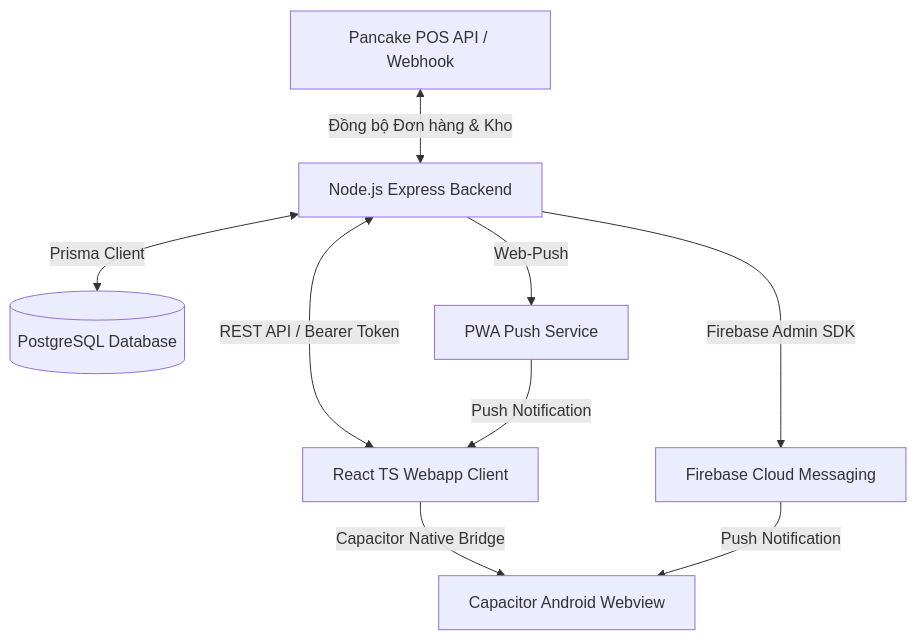
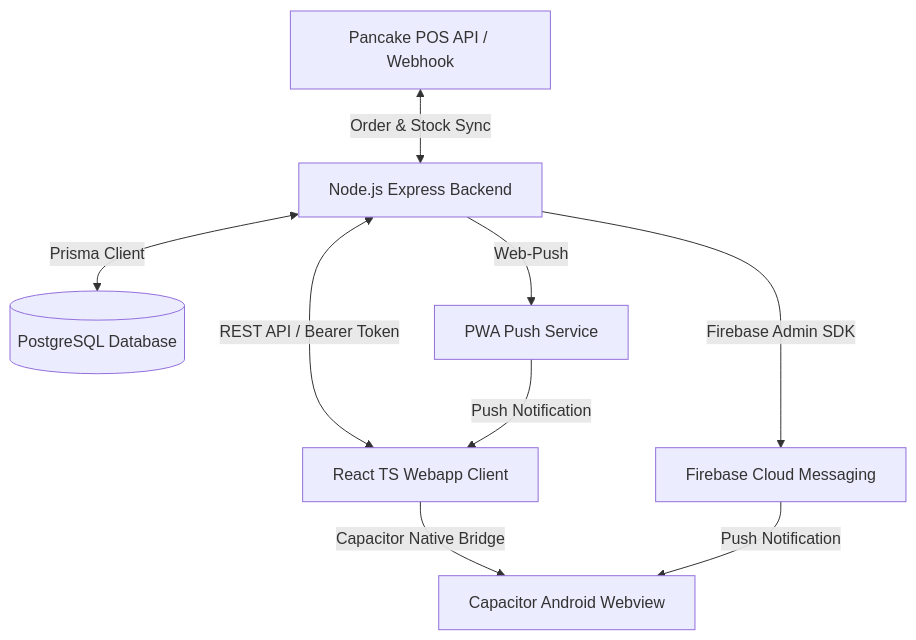
The diagram in README.md (Quocanh1508/truliva-webapp), drawn with Mermaid before and after one commit. The commit also changed other lines of this file, not shown here.

````diff
--- a/README.md
+++ b/README.md
@@ -77,11 +82,11 @@
 ```mermaid
 graph TD
-    A["Pancake POS API / Webhook"] <-->|Đồng bộ Đơn hàng & Kho| B["Node.js Express Backend"]
+    A["Pancake POS API / Webhook"] <-->|Order & Stock Sync| B["Node.js Express Backend"]
     B <-->|Prisma Client| C[("PostgreSQL Database")]
     B -->|Firebase Admin SDK| D["Firebase Cloud Messaging"]
     B -->|Web-Push| E["PWA Push Service"]
     B <-->|REST API / Bearer Token| F["React TS Webapp Client"]
     F -->|Capacitor Native Bridge| G["Capacitor Android Webview"]
     D -->|Push Notification| G
     E -->|Push Notification| F
 ```
````
